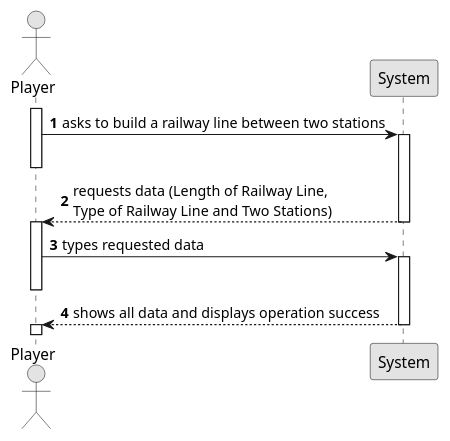
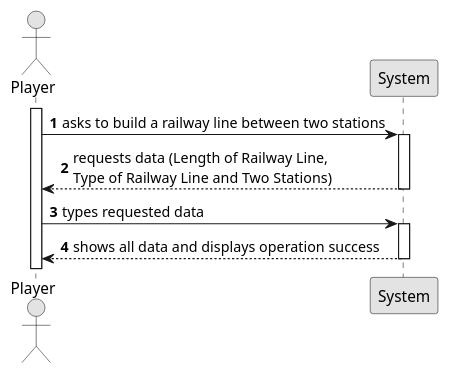
Before and after one commit to ivasduarte/all-aboard: the diagram in docs/sprint1/us008/01.requirements-engineering/puml/us008-system-sequence-diagram.puml, drawn with PlantUML. The commit also changed 13 other files, not shown here.

```diff
--- a/docs/sprint1/us008/01.requirements-engineering/puml/us008-system-sequence-diagram.puml
+++ b/docs/sprint1/us008/01.requirements-engineering/puml/us008-system-sequence-diagram.puml
@@ -1,29 +1,25 @@
 @startuml
 skinparam monochrome true
 skinparam packageStyle rectangle
 skinparam shadowing false
 
 autonumber
 
 actor "Player" as Editor
 participant "System" as System
 
 activate Editor
 
     Editor -> System : asks to build a railway line between two stations
     activate System
-    deactivate Editor
 
     System --> Editor : requests data (Length of Railway Line, \nType of Railway Line and Two Stations)
     deactivate System
-    activate Editor
 
     Editor -> System : types requested data
     activate System
-    deactivate Editor
 
     System --> Editor : shows all data and displays operation success
     deactivate System
-    activate Editor
 
 @enduml
```
